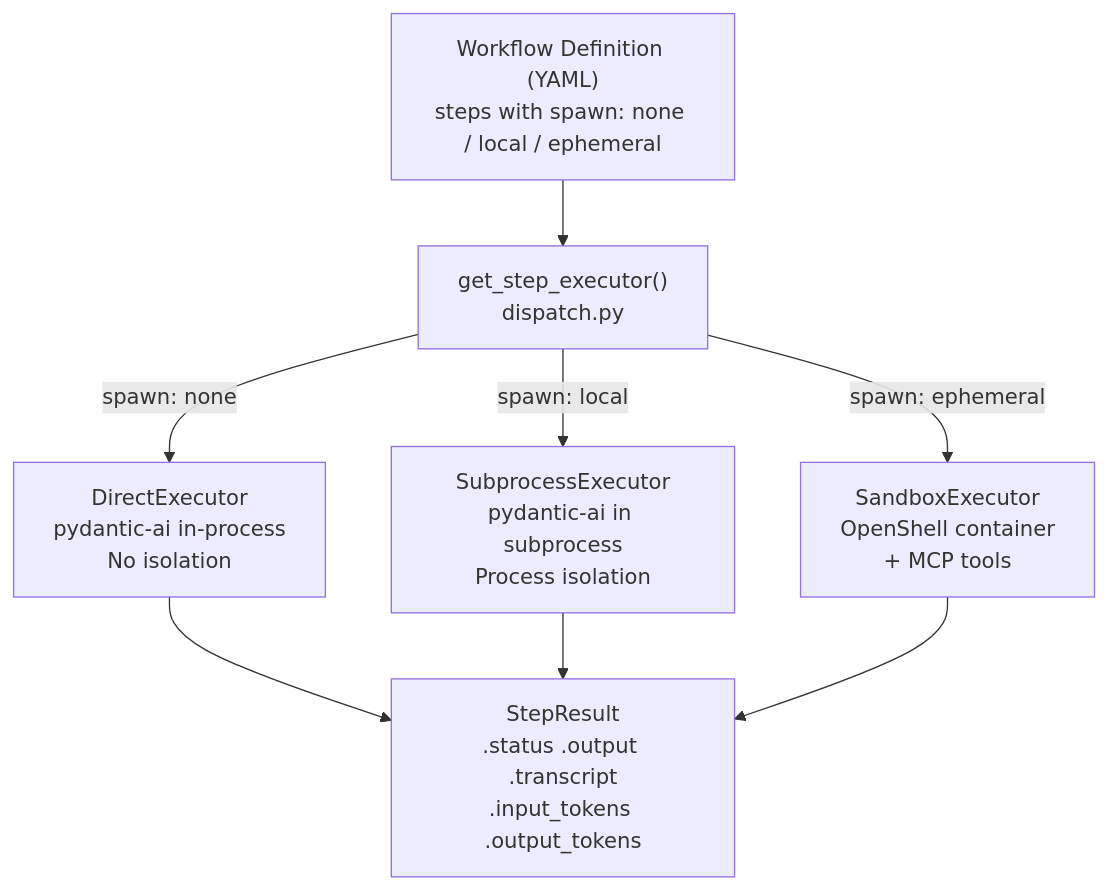
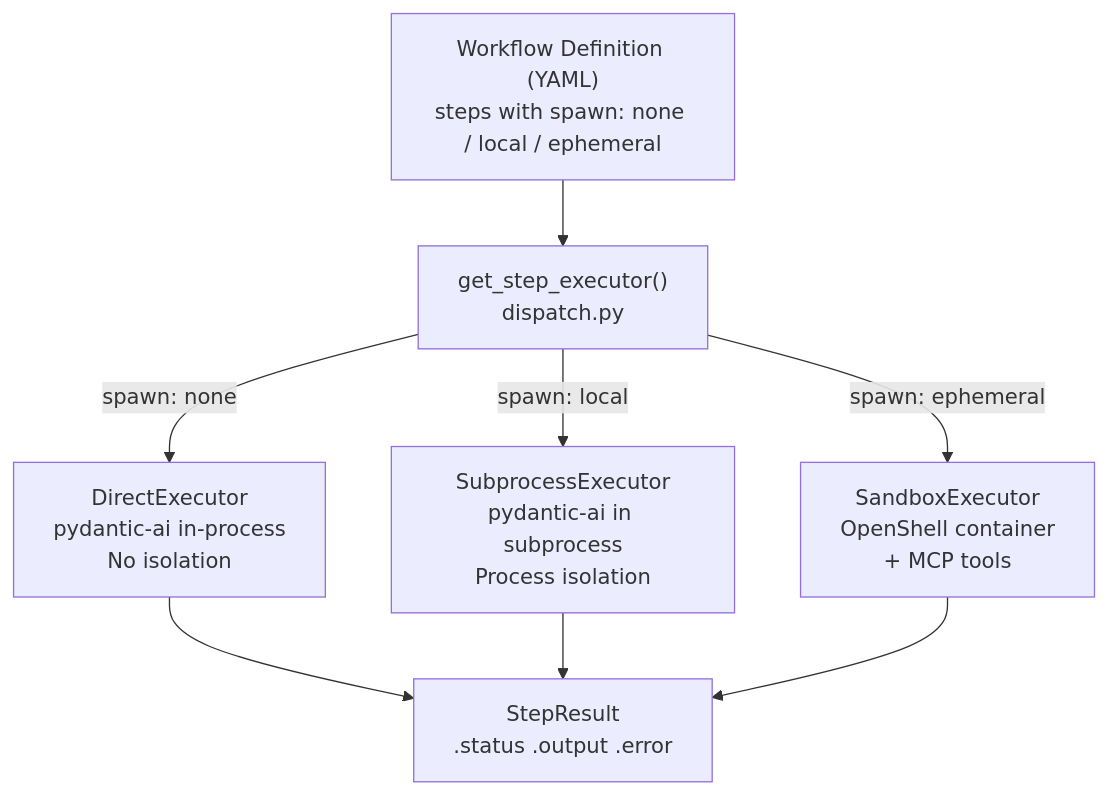
One commit to jameswnl/lightspeed-cloud-agents changed the first of 6 diagrams in docs/tool-registry-architecture.md. Above: the diagram before and after it, drawn with Mermaid. The commit also changed other lines of this file, not shown here.

First line of the commit message:
Fix remaining diagram inaccuracies

````diff
--- a/docs/tool-registry-architecture.md
+++ b/docs/tool-registry-architecture.md
@@ -8,13 +8,13 @@
 ```mermaid
 flowchart TD
     YAML["Workflow Definition (YAML)<br/>steps with spawn: none / local / ephemeral"]
     YAML --> dispatch["get_step_executor()<br/>dispatch.py"]
 
     dispatch -->|"spawn: none"| direct["DirectExecutor<br/>pydantic-ai in-process<br/>No isolation"]
     dispatch -->|"spawn: local"| subprocess["SubprocessExecutor<br/>pydantic-ai in subprocess<br/>Process isolation"]
     dispatch -->|"spawn: ephemeral"| sandbox["SandboxExecutor<br/>OpenShell container<br/>+ MCP tools"]
 
-    direct --> result["StepResult<br/>.status .output .transcript<br/>.input_tokens .output_tokens"]
+    direct --> result["StepResult<br/>.status .output .error"]
     subprocess --> result
     sandbox --> result
 ```
````
